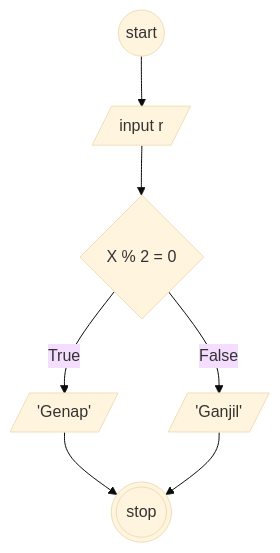
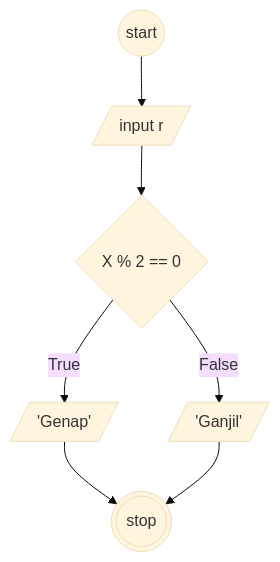
One commit to VsalCode/fgo24-Algoritma changed the diagram in minitask2.md. Above: the diagram before and after it, drawn with Mermaid (base theme).

````diff
--- a/minitask2.md
+++ b/minitask2.md
@@ -13,18 +13,18 @@
 ```mermaid
 flowchart TD
     A@{shape: circle, label: "start"}
     B@{shape: lean-r, label: "input r"}
-    C@{ shape: diamond, label: "X % 2 = 0" }
+    C@{ shape: diamond, label: "X % 2 == 0" }
     D@{shape: lean-r, label: " 'Genap' "}
     E@{shape: lean-r, label: " 'Ganjil' "}
     X@{shape: dbl-circ, label: "stop"}
 
     A --> B
     B --> C
     C -- True --> D
     C -- False --> E
 
     D --> X
     E --> X
 
 ```
````
